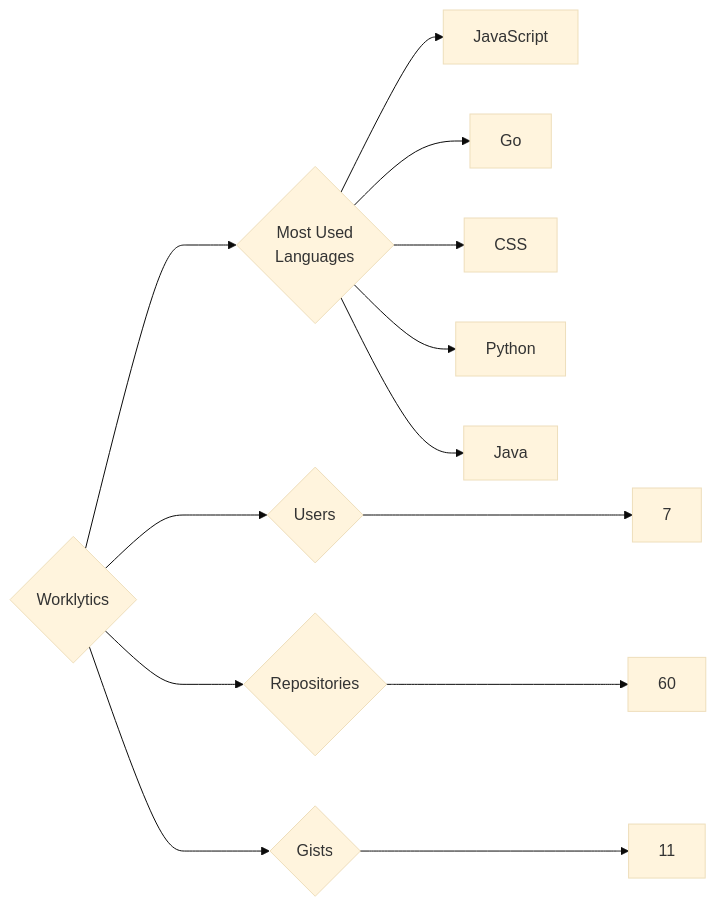
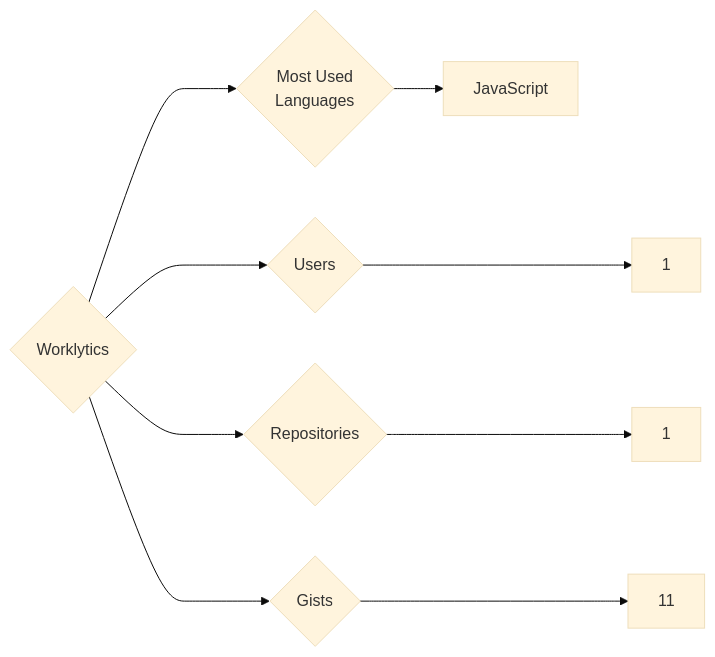
One commit to trickest/insiders changed the diagram in targets/Worklytics/README.md. Above: the diagram before and after it, drawn with Mermaid (base theme). The commit also changed 1248 other files, not shown here.

````diff
--- a/targets/Worklytics/README.md
+++ b/targets/Worklytics/README.md
@@ -3,13 +3,9 @@
 ```mermaid
 graph LR
 COMPANY_NAME{Worklytics}
-COMPANY_NAME ---> U{Users} ---> UN[7]
-COMPANY_NAME ---> R{Repositories} ---> RN[60]
+COMPANY_NAME ---> U{Users} ---> UN[1]
+COMPANY_NAME ---> R{Repositories} ---> RN[1]
 COMPANY_NAME ---> G{Gists} ---> GN[11]
 COMPANY_NAME ---> ML{Most Used<br>Languages}
 ML --> JavaScript[JavaScript]
-ML --> Go[Go]
-ML --> CSS[CSS]
-ML --> Python[Python]
-ML --> Java[Java]
 ```
````
